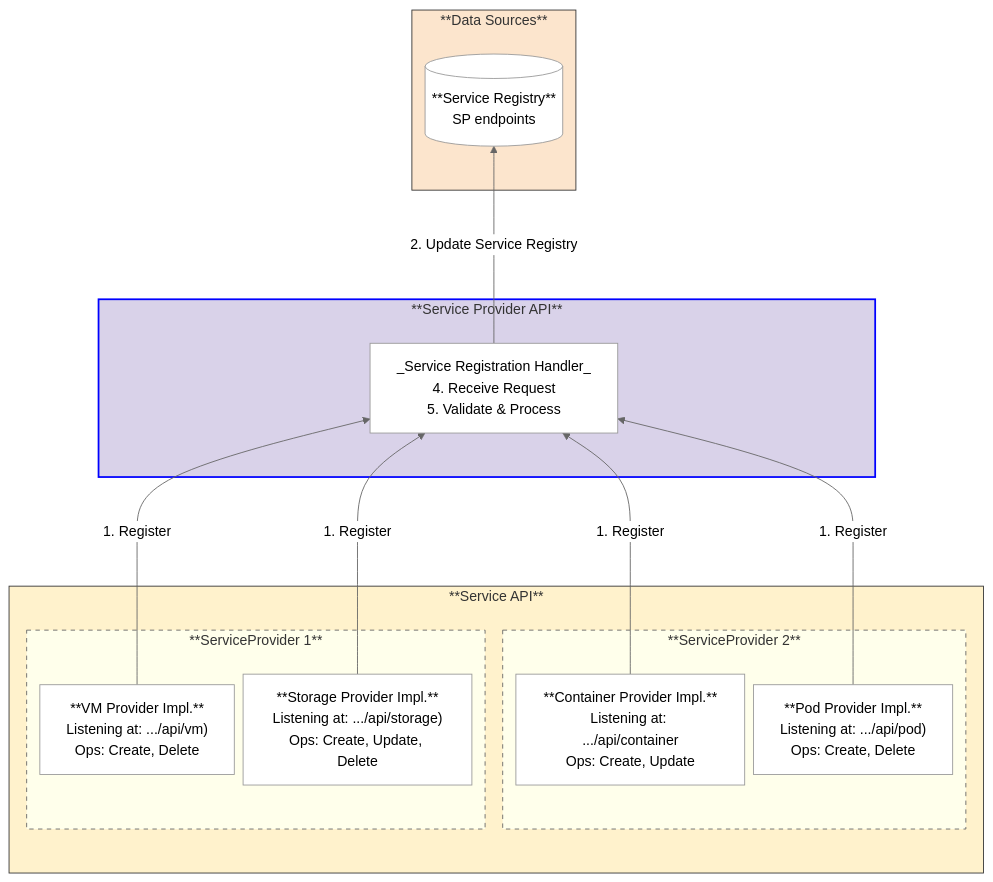
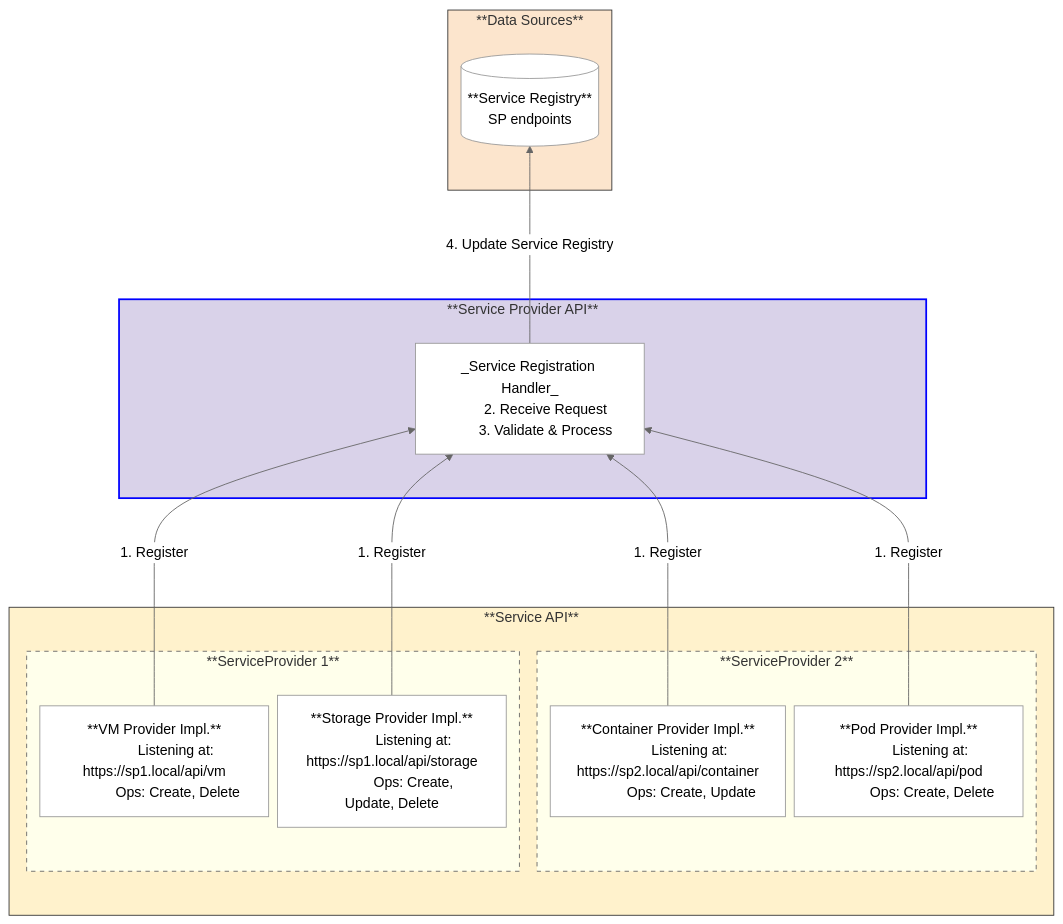
One commit to dcm-project/enhancements changed the first of 3 diagrams in enhancements/sp-registration-flow/sp-registration-flow.md. Above: the diagram before and after it, drawn with Mermaid (neutral theme). The commit also changed other lines of this file, not shown here.

Commit message:
fix static diagram numbering

````diff
--- a/enhancements/sp-registration-flow/sp-registration-flow.md
+++ b/enhancements/sp-registration-flow/sp-registration-flow.md
@@ -94,38 +94,48 @@
 ```mermaid
 %%{init: {'flowchart': {'rankSpacing': 100, 'nodeSpacing': 10}}}%%
 flowchart BT
     classDef mainContainer fill:#fff2cc,stroke:#333,stroke-width:1px
     classDef dataSource fill:#fce5cd,stroke:#333,stroke-width:1px
     classDef apiLayer fill:#d9d2e9,stroke:blue,stroke-width:2px
     classDef innerBox fill:#ffffff,stroke:#999,stroke-width:1px
     classDef lightContainer fill:#ffffeb,stroke:#666,stroke-width:1px,stroke-dasharray: 5 5
 
     subgraph Data_Sources [**Data Sources**]
         DB[("**Service Registry**<br/>SP endpoints")]:::innerBox
     end
 
     subgraph API_Block [**Service Provider API**]
-        Handler["_Service&nbsp;Registration&nbsp;Handler_<br/>4. Receive Request<br/>5. Validate & Process"]:::innerBox
+        Handler["_Service Registration Handler_
+        2. Receive Request
+        3. Validate & Process"]:::innerBox
     end
 
-    subgraph Service_API [**Service API**<br/>&nbsp;<br/>&nbsp;]
+    subgraph Service_API [**Service API**<br/><br/> ]
 
-        subgraph SP1 [**ServiceProvider 1**<br/>&nbsp;]
-            VM_Prov["**VM Provider Impl.**<br/>Listening at: .../api/vm)<br/>Ops: Create, Delete"]:::innerBox
-            Storage_Prov["**Storage Provider Impl.**<br/>Listening at: .../api/storage)<br/>Ops: Create, Update, Delete"]:::innerBox
+        subgraph SP1 [**ServiceProvider 1**<br/>]
+            VM_Prov["**VM Provider Impl.**
+            Listening at: https://sp1.local/api/vm
+            Ops: Create, Delete"]:::innerBox
+            Storage_Prov["**Storage Provider Impl.**
+            Listening at: https://sp1.local/api/storage
+            Ops: Create, Update, Delete"]:::innerBox
         end
 
-        subgraph SP2 [**ServiceProvider 2**<br/>&nbsp;]
-            Container_Prov["**Container Provider Impl.**<br/>Listening at: .../api/container<br/>Ops: Create, Update"]:::innerBox
-            Pod_Prov["**Pod Provider Impl.**<br/>Listening at: .../api/pod)<br/>Ops: Create, Delete"]:::innerBox
+        subgraph SP2 [**ServiceProvider 2**<br/>]
+            Container_Prov["**Container Provider Impl.**
+            Listening at: https://sp2.local/api/container
+            Ops: Create, Update"]:::innerBox
+            Pod_Prov["**Pod Provider Impl.**
+            Listening at: https://sp2.local/api/pod
+            Ops: Create, Delete"]:::innerBox
         end
     end
 
     VM_Prov & Storage_Prov & Container_Prov & Pod_Prov -- 1. Register --> Handler
-    Handler -- 2. Update Service Registry --> DB
+    Handler -- 4. Update Service Registry --> DB
 
     class Data_Sources dataSource
     class API_Block apiLayer
     class Service_API mainContainer
     class SP1,SP2 lightContainer
 ```
````
